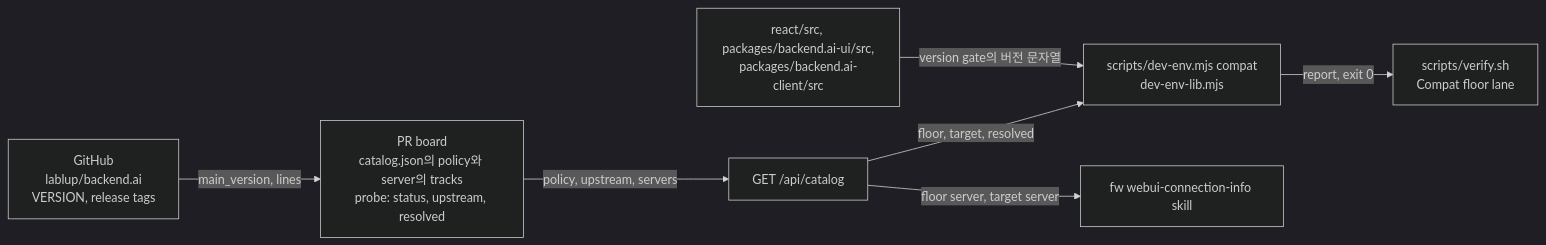
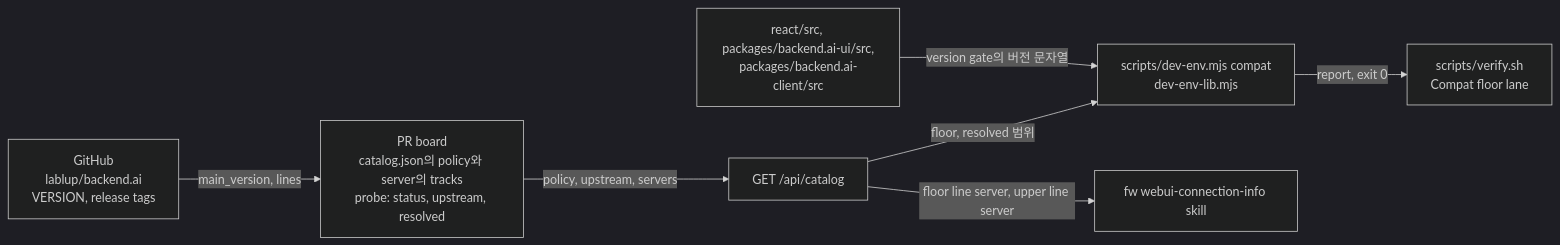
Before and after one commit to lablup/backend.ai-webui: the first of 2 diagrams in docs/adr/0011-manager-compatibility-policy-in-the-team-dev-catalog.md, drawn with Mermaid (dark theme). The commit also changed other lines of this file and 7 other files, not shown here.

First line of the commit message:
feat(#10345): drop target; the floor alone defines the supported range

````diff
--- a/docs/adr/0011-manager-compatibility-policy-in-the-team-dev-catalog.md
+++ b/docs/adr/0011-manager-compatibility-policy-in-the-team-dev-catalog.md
@@ -26,16 +27,16 @@
 ```mermaid
 flowchart LR
   github["GitHub<br/>lablup/backend.ai<br/>VERSION, release tags"]
   board["PR board<br/>catalog.json의 policy와 server의 tracks<br/>probe: status, upstream, resolved"]
   api["GET /api/catalog"]
   compat["scripts/dev-env.mjs compat<br/>dev-env-lib.mjs"]
   verify["scripts/verify.sh<br/>Compat floor lane"]
   skill["fw webui-connection-info skill"]
   code["react/src, packages/backend.ai-ui/src,<br/>packages/backend.ai-client/src"]
   github -- "main_version, lines" --> board
   board -- "policy, upstream, servers" --> api
-  api -- "floor, target, resolved" --> compat
-  api -- "floor server, target server" --> skill
+  api -- "floor, resolved 범위" --> compat
+  api -- "floor line server, upper line server" --> skill
   code -- "version gate의 버전 문자열" --> compat
   compat -- "report, exit 0" --> verify
 ```
````
